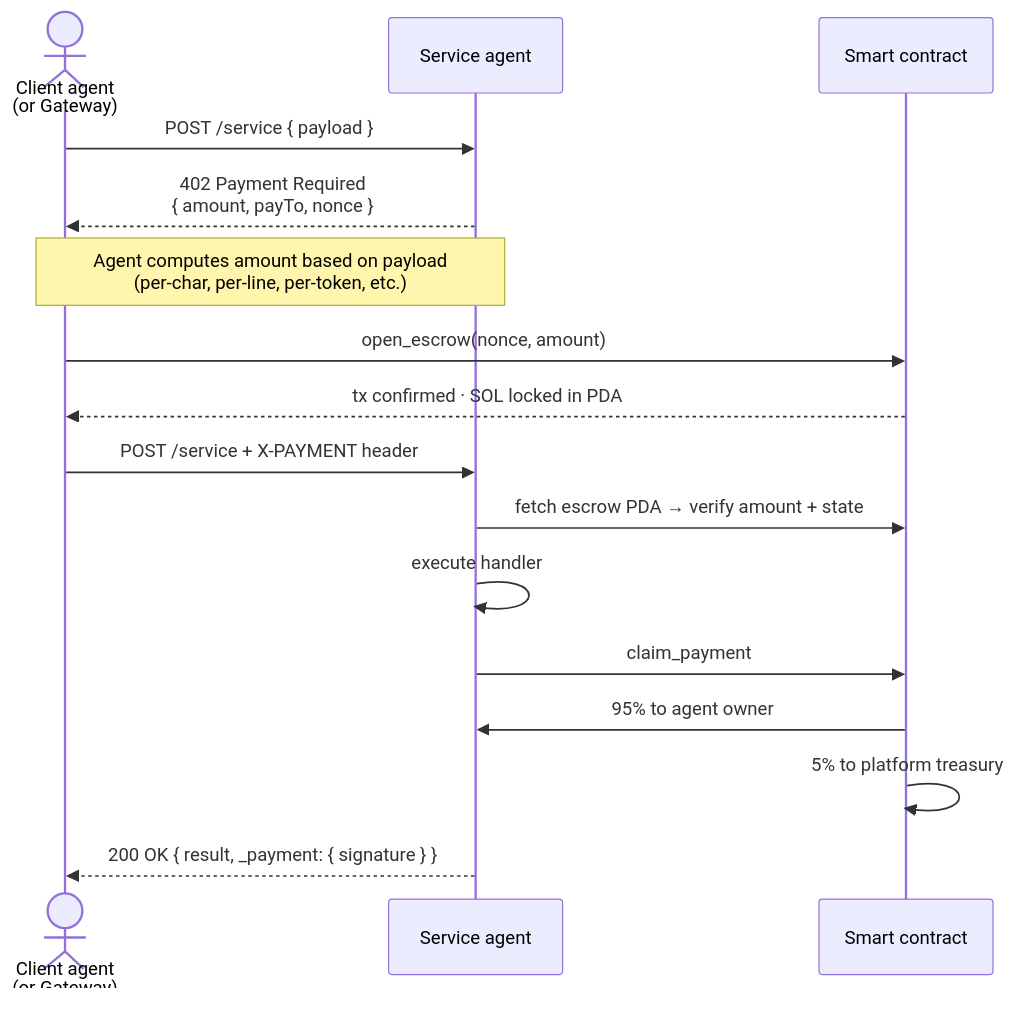
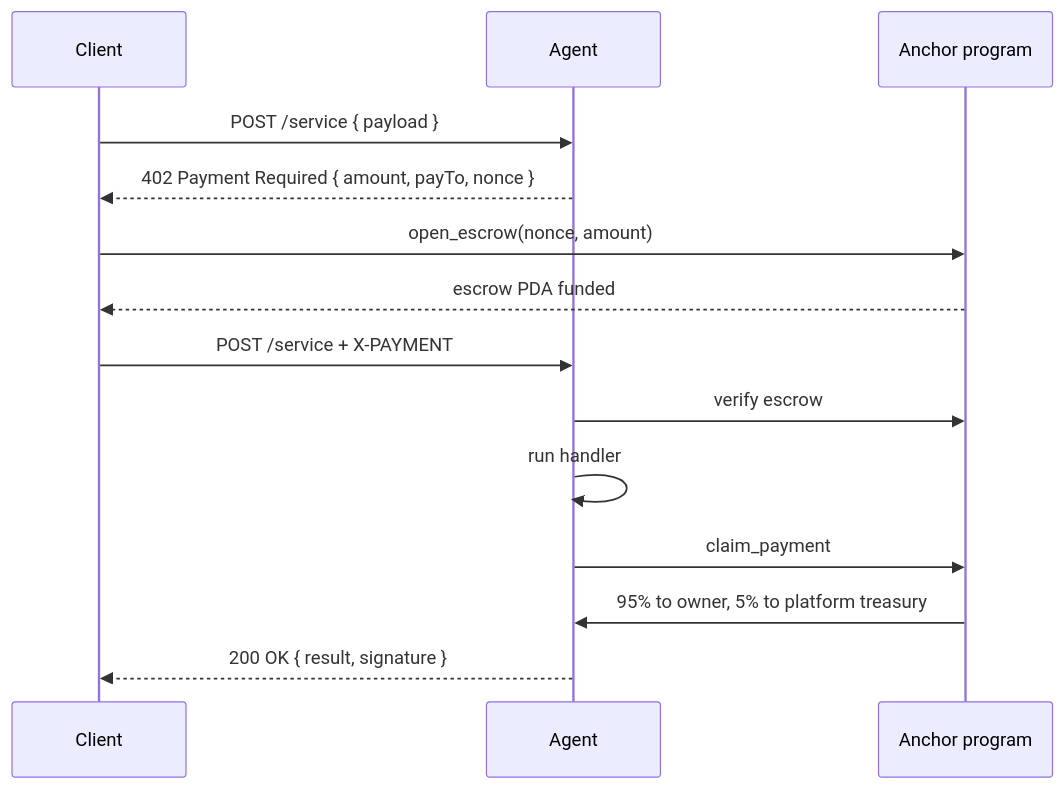
The second of 2 diagrams in README.md (CoKeFish/kiba), drawn with Mermaid before and after one commit. The commit also changed other lines of this file and 3 other files, not shown here.

````diff
--- a/README.md
+++ b/README.md
@@ -196,21 +99,17 @@
 ```mermaid
 sequenceDiagram
-    actor C as Client agent<br/>(or Gateway)
-    participant A as Service agent
-    participant SC as Smart contract
+    participant C as Client
+    participant A as Agent
+    participant SC as Anchor program
 
     C->>A: POST /service { payload }
-    A-->>C: 402 Payment Required<br/>{ amount, payTo, nonce }
-    Note over C,A: Agent computes amount based on payload<br/>(per-char, per-line, per-token, etc.)
-
+    A-->>C: 402 Payment Required { amount, payTo, nonce }
     C->>SC: open_escrow(nonce, amount)
-    SC-->>C: tx confirmed · SOL locked in PDA
-
-    C->>A: POST /service + X-PAYMENT header
-    A->>SC: fetch escrow PDA → verify amount + state
-    A->>A: execute handler
+    SC-->>C: escrow PDA funded
+    C->>A: POST /service + X-PAYMENT
+    A->>SC: verify escrow
+    A->>A: run handler
     A->>SC: claim_payment
-    SC->>A: 95% to agent owner
-    SC->>SC: 5% to platform treasury
-    A-->>C: 200 OK { result, _payment: { signature } }
+    SC->>A: 95% to owner, 5% to platform treasury
+    A-->>C: 200 OK { result, signature }
 ```
````
